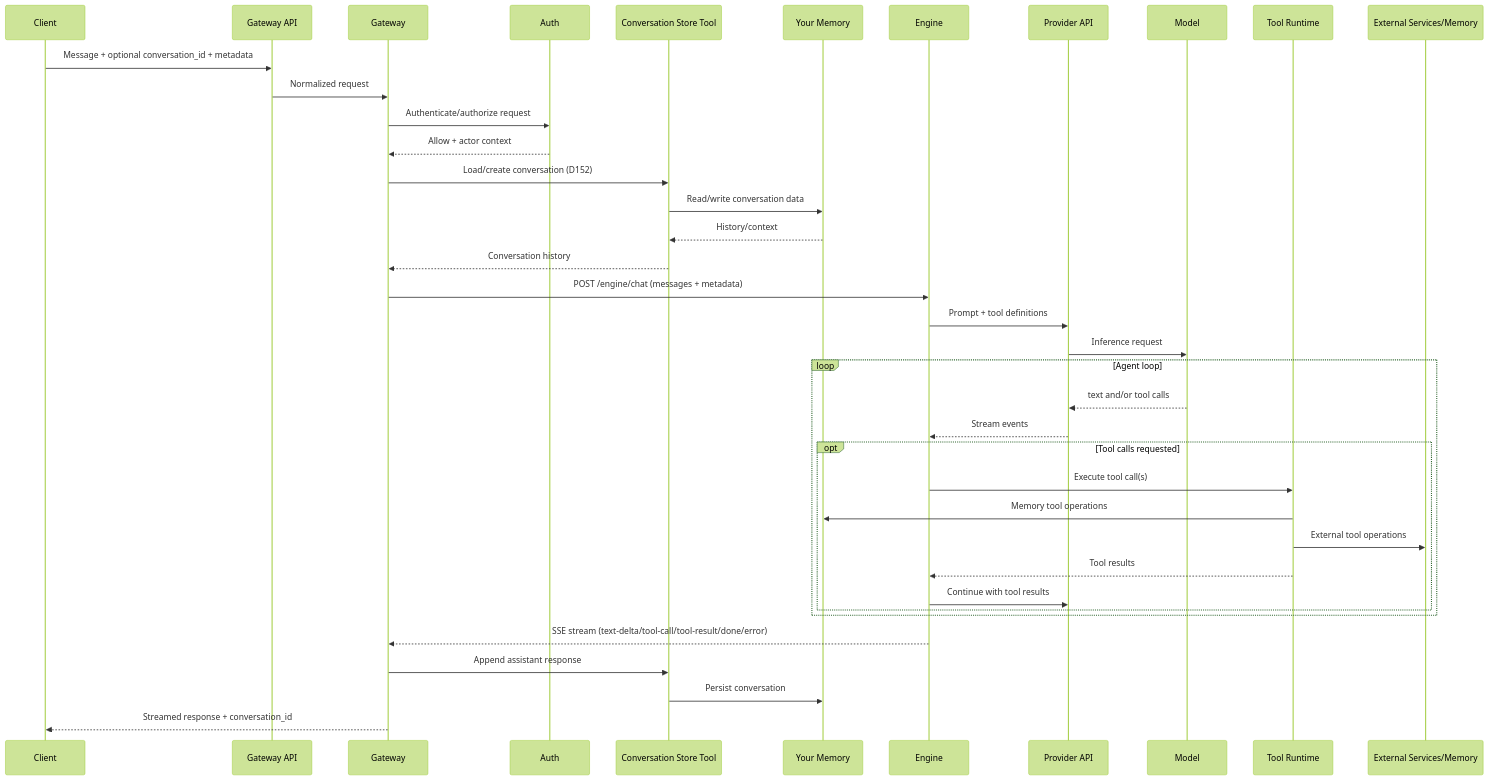
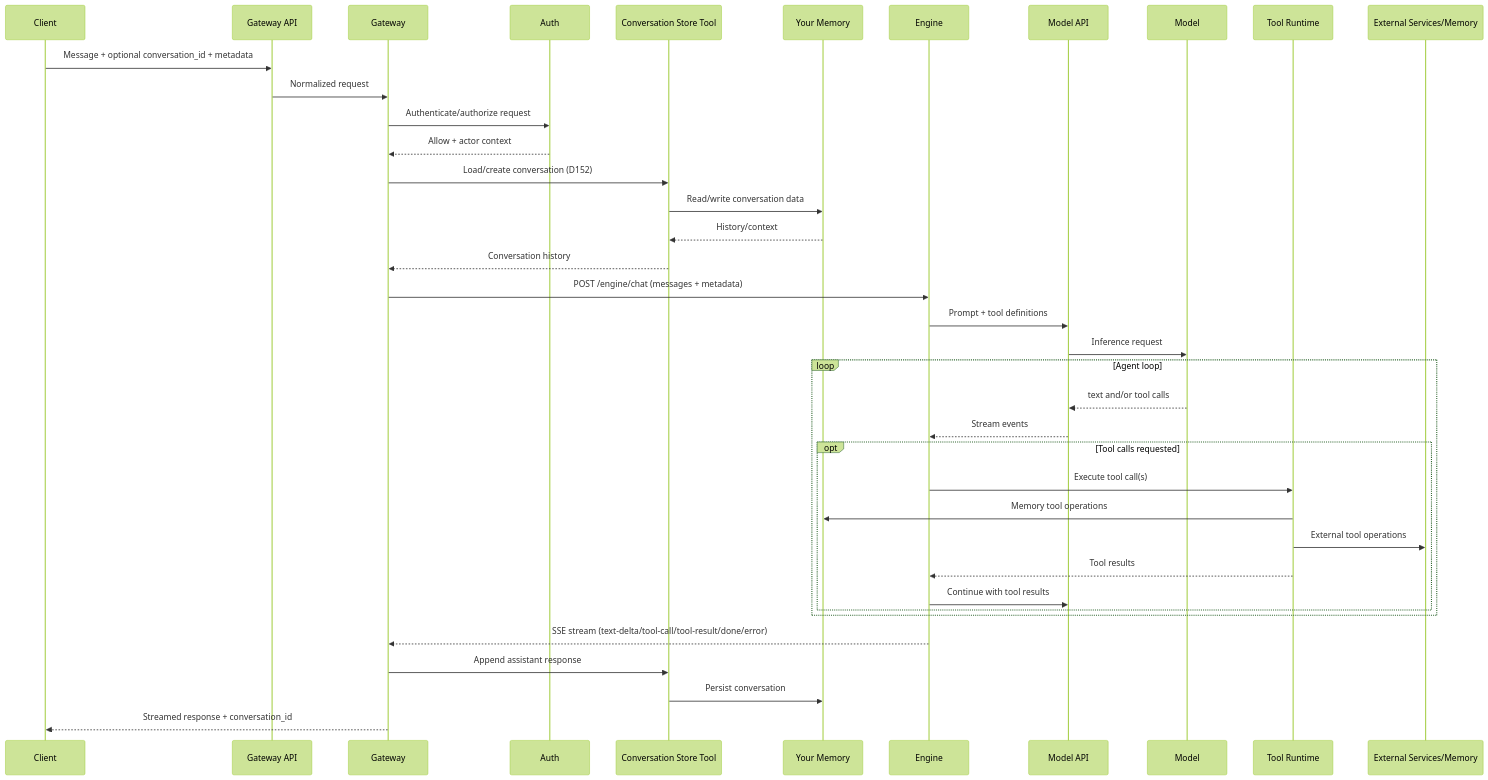
One commit to Personal-AI-Architecture/the-architecture changed the second of 2 diagrams in docs/foundation-spec.md. Above: the diagram before and after it, drawn with Mermaid (forest theme). The commit also changed other lines of this file and 30 other files, not shown here.

First line of the commit message:
Vocabulary: Provider API → Model API

````diff
--- a/docs/foundation-spec.md
+++ b/docs/foundation-spec.md
@@ -186,45 +186,45 @@
 ```mermaid
 sequenceDiagram
     participant Client
     participant GatewayAPI as Gateway API
     participant Gateway
     participant Auth
     participant ConvTool as Conversation Store Tool
     participant Memory as Your Memory
     participant Engine
-    participant Provider as Provider API
+    participant Provider as Model API
     participant Model
     participant ToolRuntime as Tool Runtime
     participant External as External Services/Memory
 
     Client->>GatewayAPI: Message + optional conversation_id + metadata
     GatewayAPI->>Gateway: Normalized request
     Gateway->>Auth: Authenticate/authorize request
     Auth-->>Gateway: Allow + actor context
 
     Gateway->>ConvTool: Load/create conversation (D152)
     ConvTool->>Memory: Read/write conversation data
     Memory-->>ConvTool: History/context
     ConvTool-->>Gateway: Conversation history
 
     Gateway->>Engine: POST /engine/chat (messages + metadata)
     Engine->>Provider: Prompt + tool definitions
     Provider->>Model: Inference request
 
     loop Agent loop
         Model-->>Provider: text and/or tool calls
         Provider-->>Engine: Stream events
         opt Tool calls requested
             Engine->>ToolRuntime: Execute tool call(s)
             ToolRuntime->>Memory: Memory tool operations
             ToolRuntime->>External: External tool operations
             ToolRuntime-->>Engine: Tool results
             Engine->>Provider: Continue with tool results
         end
     end
 
     Engine-->>Gateway: SSE stream (text-delta/tool-call/tool-result/done/error)
     Gateway->>ConvTool: Append assistant response
     ConvTool->>Memory: Persist conversation
     Gateway-->>Client: Streamed response + conversation_id
 ```
````
